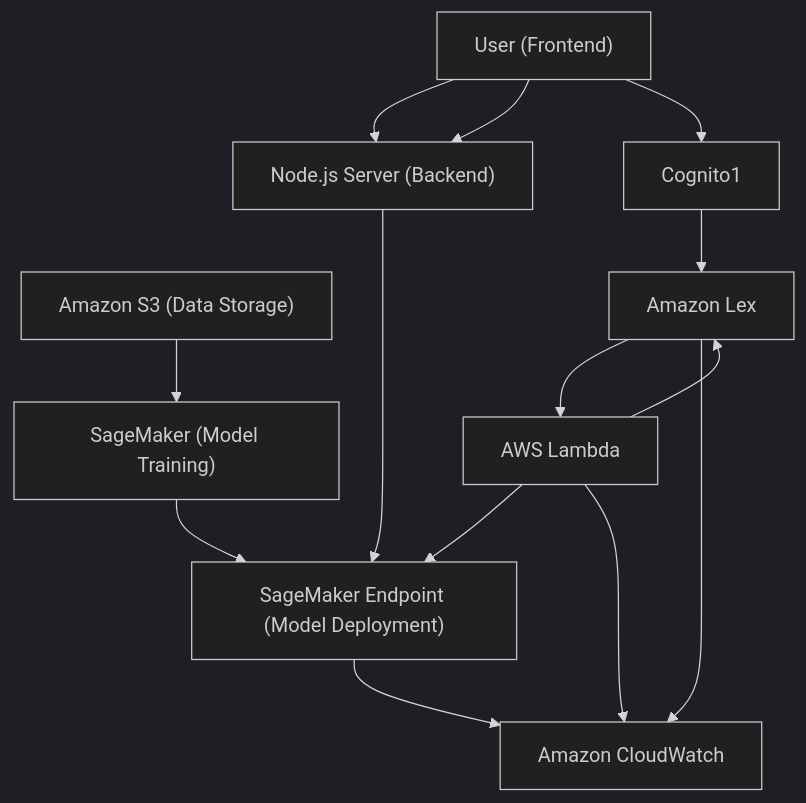
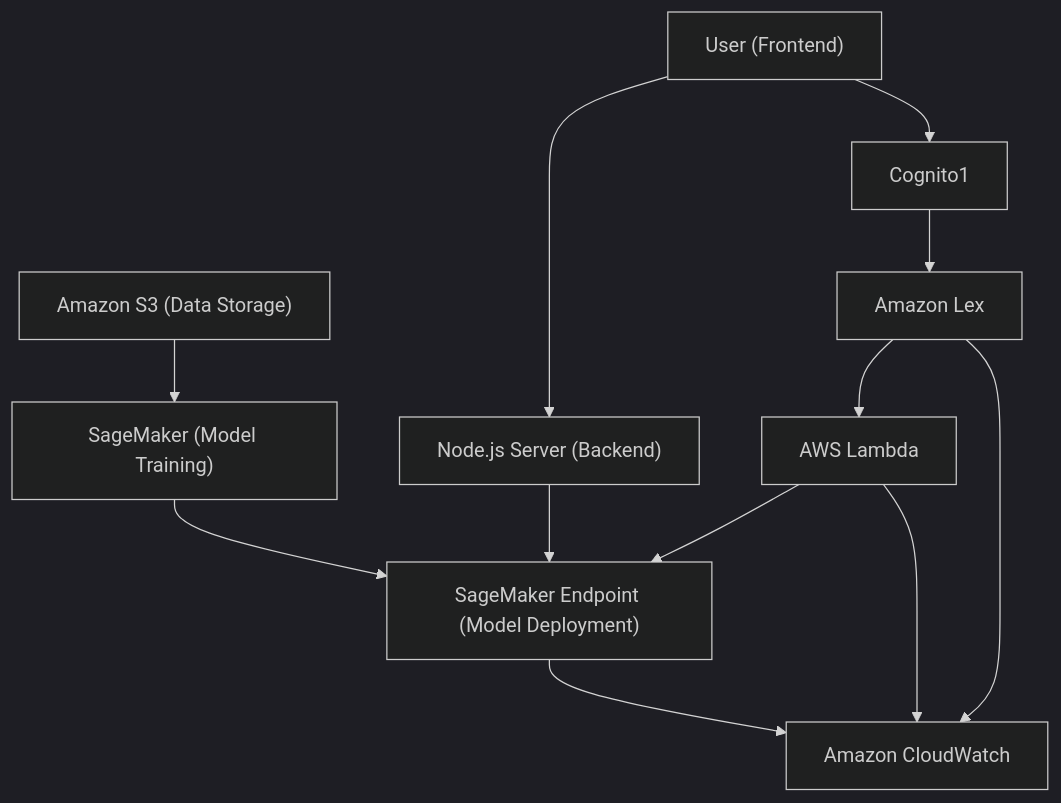
Before and after one commit to mamokebe/AWS-Networking-Setup: the diagram in README.md, drawn with Mermaid (dark theme).

Commit message:
new commit

````diff
--- a/README.md
+++ b/README.md
@@ -61,38 +61,34 @@
 ```mermaid
 graph TD
   %% Data Flow
   S3["Amazon S3 (Data Storage)"]
   SMTrain["SageMaker (Model Training)"]
   SMEndpoint["SageMaker Endpoint (Model Deployment)"]
   NodeJS["Node.js Server (Backend)"]
 
 
   %% Lex Flow
   User1["User (Frontend)"]
   Lex["Amazon Lex"]
   Lambda["AWS Lambda"]
 
   %% Monitoring 
   CloudWatch["Amazon CloudWatch"]
 
   %% Data Training Flow
   User1 --> NodeJS
+  NodeJS --> SMEndpoint
   S3 --> SMTrain
   SMTrain --> SMEndpoint
-
-  %% Node.js Inference Flow
-  User1 --> NodeJS
-  NodeJS --> SMEndpoint
 
   %% Lex Inference Flow
   User1 -->Cognito1--> Lex
   Lex --> Lambda
   Lambda --> SMEndpoint
-  Lambda --> Lex 
 
   %% Monitoring
   Lambda --> CloudWatch
   SMEndpoint --> CloudWatch
   Lex --> CloudWatch
 
   ```
````
